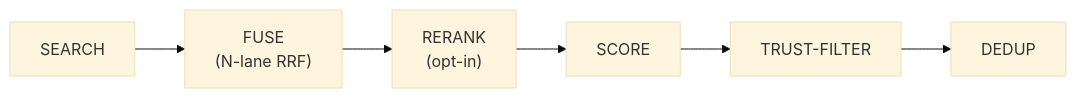
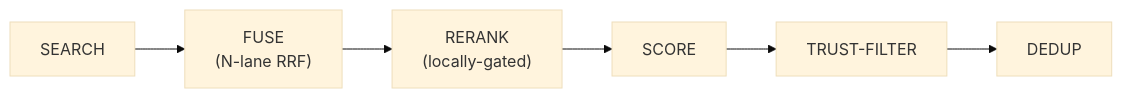
One commit to comisai/comis changed the diagram in docs/agents/memory.mdx. Above: the diagram before and after it, drawn with Mermaid (base theme). The commit also changed other lines of this file and 2 other files, not shown here.

First line of the commit message:
docs(97): resolve rerank opt-in/default-on framing contradictions + benchmark lane list

````diff
--- a/docs/agents/memory.mdx
+++ b/docs/agents/memory.mdx
@@ -144,8 +144,8 @@
 ```mermaid
 flowchart LR
     A["SEARCH"] --> B["FUSE<br/>(N-lane RRF)"]
-    B --> C["RERANK<br/>(opt-in)"]
+    B --> C["RERANK<br/>(locally-gated)"]
     C --> D["SCORE"]
     D --> E["TRUST-FILTER"]
     E --> F["DEDUP"]
 ```
````
